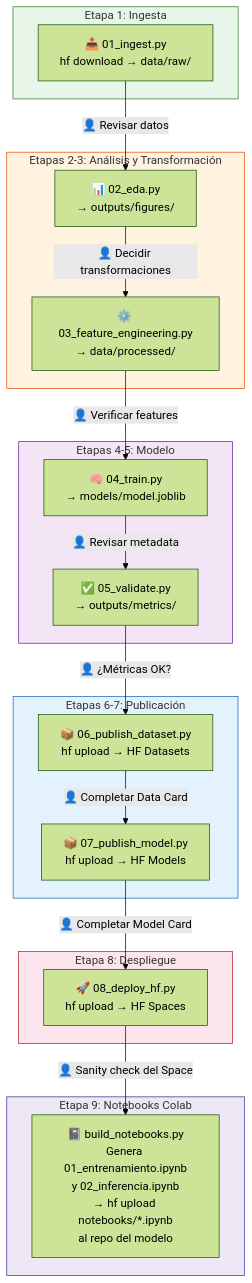
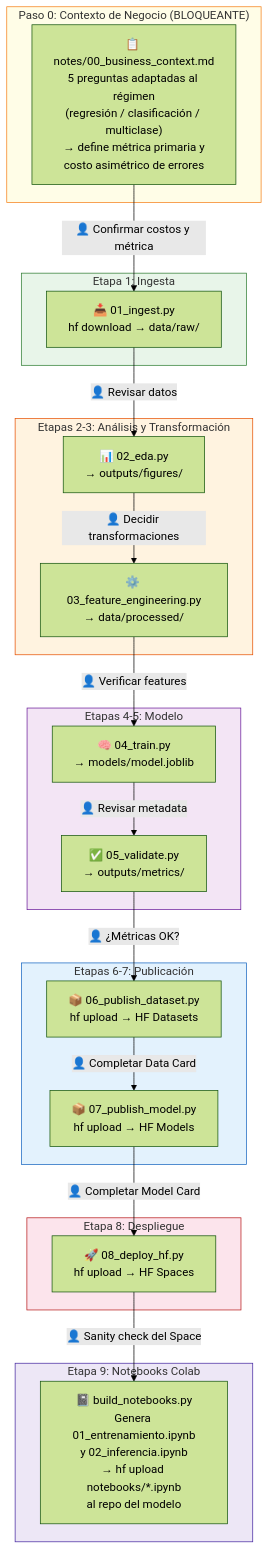
Before and after one commit to gusdelact/kiropowerdatascienceassistant: the second of 4 diagrams in ARQUITECTURA.md, drawn with Mermaid (forest theme). The commit also changed other lines of this file and 12 other files, not shown here.

````diff
--- a/ARQUITECTURA.md
+++ b/ARQUITECTURA.md
@@ -101,45 +103,51 @@
 ```mermaid
 flowchart TD
+    subgraph CONTEXTO["Paso 0: Contexto de Negocio (BLOQUEANTE)"]
+        Z["📋 notes/00_business_context.md\n5 preguntas adaptadas al régimen\n(regresión / clasificación / multiclase)\n→ define métrica primaria y\ncosto asimétrico de errores"]
+    end
+
     subgraph INGESTA["Etapa 1: Ingesta"]
         A["📥 01_ingest.py\nhf download → data/raw/"]
     end
 
     subgraph ANALISIS["Etapas 2-3: Análisis y Transformación"]
         B["📊 02_eda.py\n→ outputs/figures/"]
         C["⚙️ 03_feature_engineering.py\n→ data/processed/"]
     end
 
     subgraph MODELO["Etapas 4-5: Modelo"]
         D["🧠 04_train.py\n→ models/model.joblib"]
         E["✅ 05_validate.py\n→ outputs/metrics/"]
     end
 
     subgraph PUBLICACION["Etapas 6-7: Publicación"]
         F["📦 06_publish_dataset.py\nhf upload → HF Datasets"]
         G["📦 07_publish_model.py\nhf upload → HF Models"]
     end
 
     subgraph DEPLOY["Etapa 8: Despliegue"]
         H["🚀 08_deploy_hf.py\nhf upload → HF Spaces"]
     end
 
     subgraph NOTEBOOKS["Etapa 9: Notebooks Colab"]
         I["📓 build_notebooks.py\nGenera 01_entrenamiento.ipynb\ny 02_inferencia.ipynb\n→ hf upload notebooks/*.ipynb\nal repo del modelo"]
     end
 
+    Z -->|"👤 Confirmar costos y métrica"| A
     A -->|"👤 Revisar datos"| B
     B -->|"👤 Decidir transformaciones"| C
     C -->|"👤 Verificar features"| D
     D -->|"👤 Revisar metadata"| E
     E -->|"👤 ¿Métricas OK?"| F
     F -->|"👤 Completar Data Card"| G
     G -->|"👤 Completar Model Card"| H
     H -->|"👤 Sanity check del Space"| I
 
+    style CONTEXTO fill:#fffde7,stroke:#f57f17
     style INGESTA fill:#e8f5e9,stroke:#2e7d32
     style ANALISIS fill:#fff3e0,stroke:#e65100
     style MODELO fill:#f3e5f5,stroke:#6a1b9a
     style PUBLICACION fill:#e3f2fd,stroke:#1565c0
     style DEPLOY fill:#fce4ec,stroke:#b71c1c
     style NOTEBOOKS fill:#ede7f6,stroke:#4527a0
 ```
````
